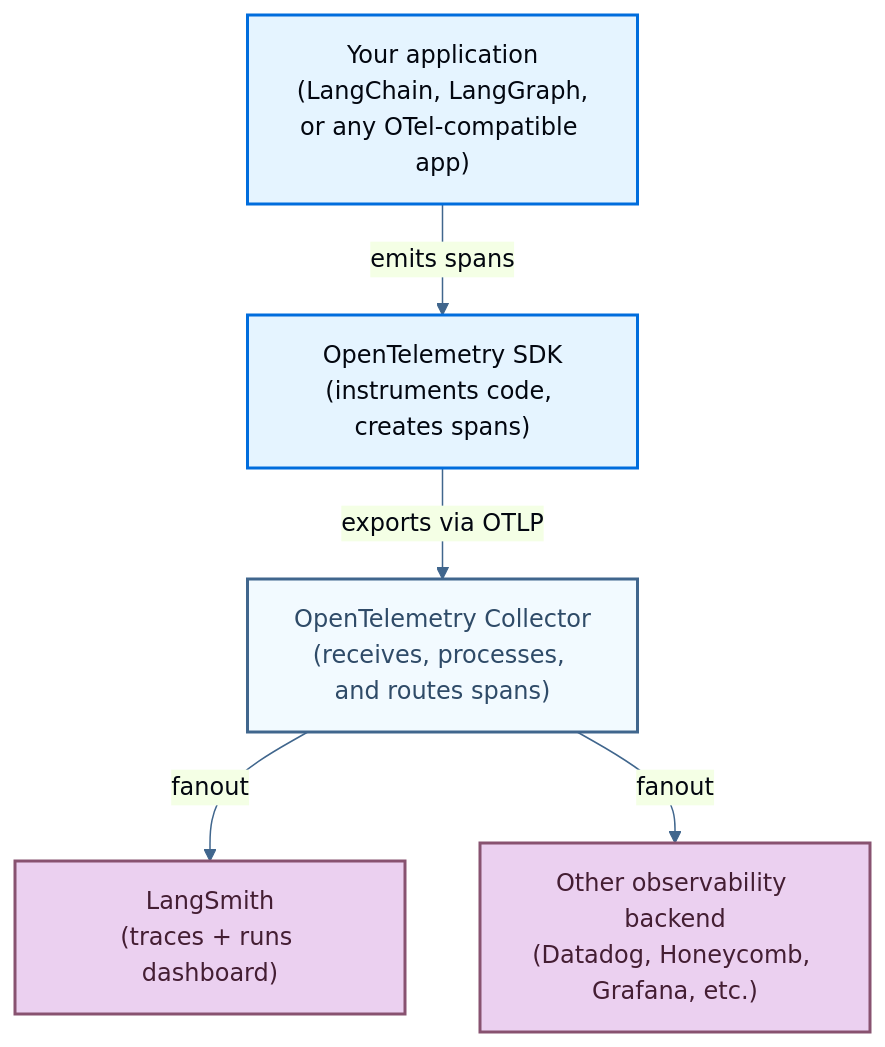
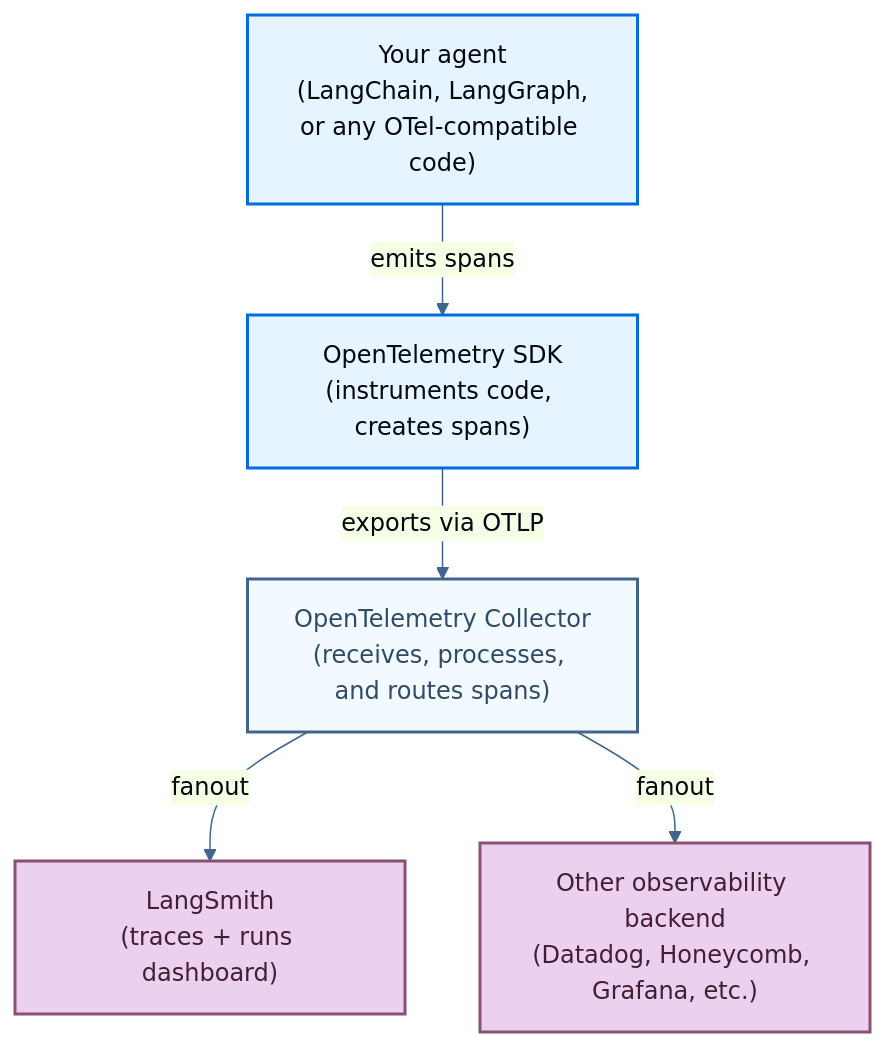
Before and after one commit to Eyre921/ofiicial-developer-docs: the diagram in agent-frameworks/langchain/pages/langsmith/trace-with-opentelemetry.md, drawn with Mermaid. The commit also changed other lines of this file and 388 other files, not shown here.

````diff
--- a/agent-frameworks/langchain/pages/langsmith/trace-with-opentelemetry.md
+++ b/agent-frameworks/langchain/pages/langsmith/trace-with-opentelemetry.md
@@ -17,22 +21,22 @@
 ```mermaid actions={false} theme={"theme":{"light":"catppuccin-latte","dark":"catppuccin-mocha"}}
 %%{init: {"theme": "base", "themeVariables": {"lineColor": "#40668D", "primaryColor": "#E5F4FF", "primaryTextColor": "#030710", "primaryBorderColor": "#006DDD"}}}%%
 flowchart TD
-    App["Your application\n(LangChain, LangGraph,\nor any OTel-compatible app)"]
+    App["Your agent\n(LangChain, LangGraph,\nor any OTel-compatible code)"]
     SDK["OpenTelemetry SDK\n(instruments code, creates spans)"]
     Collector["OpenTelemetry Collector\n(receives, processes, and routes spans)"]
     LangSmith["LangSmith\n(traces + runs dashboard)"]
     Other["Other observability backend\n(Datadog, Honeycomb, Grafana, etc.)"]
 
     App -->|"emits spans"| SDK
     SDK -->|"exports via OTLP"| Collector
     Collector -->|"fanout"| LangSmith
     Collector -->|"fanout"| Other
 
     classDef process fill:#E5F4FF,stroke:#006DDD,stroke-width:2px,color:#030710
     classDef output fill:#EBD0F0,stroke:#885270,stroke-width:2px,color:#441E33
     classDef neutral fill:#F2FAFF,stroke:#40668D,stroke-width:2px,color:#2F4B68
 
     class App,SDK process
     class Collector neutral
     class LangSmith,Other output
 ```
````
